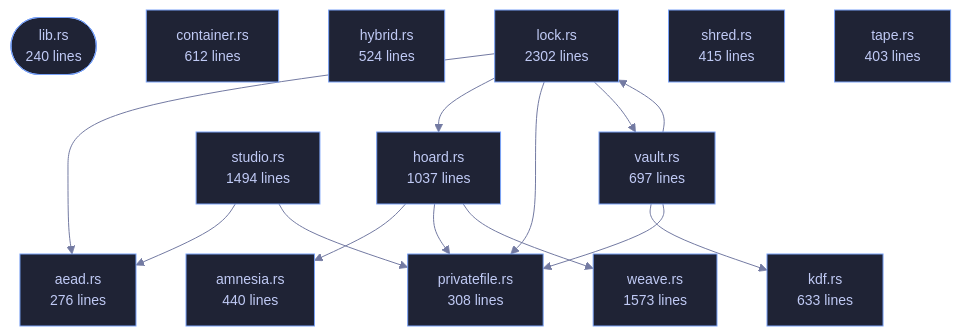
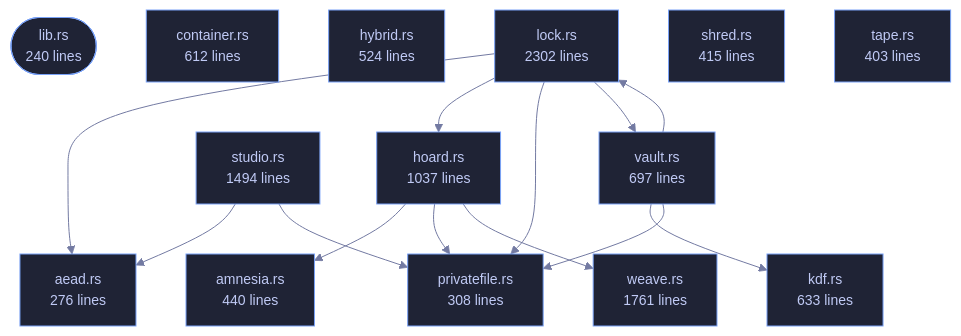
One commit to tilas01/veilvoice changed the diagram in crates/veilvoice-crypto/README.md. Above: the diagram before and after it, drawn with Mermaid. The commit also changed other lines of this file and 15 other files, not shown here.

````diff
--- a/crates/veilvoice-crypto/README.md
+++ b/crates/veilvoice-crypto/README.md
@@ -108,44 +108,44 @@
 ```mermaid
 %%{init: {"theme":"base","themeVariables":{"background":"#1a1b26","primaryColor":"#1f2335","primaryTextColor":"#c0caf5","primaryBorderColor":"#7aa2f7","secondaryColor":"#16161e","tertiaryColor":"#16161e","lineColor":"#737aa2","textColor":"#c0caf5","mainBkg":"#1f2335","nodeBorder":"#7aa2f7","clusterBkg":"#16161e","clusterBorder":"#2f3549","fontFamily":"ui-monospace, SFMono-Regular, Consolas, monospace","fontSize":"14px"}}}%%
 flowchart TD
     n_lib(["lib.rs<br/>240 lines"])
     n_aead["aead.rs<br/>276 lines"]
     n_amnesia["amnesia.rs<br/>440 lines"]
     n_container["container.rs<br/>612 lines"]
     n_hoard["hoard.rs<br/>1037 lines"]
     n_hybrid["hybrid.rs<br/>524 lines"]
     n_kdf["kdf.rs<br/>633 lines"]
     n_lock["lock.rs<br/>2302 lines"]
     n_privatefile["privatefile.rs<br/>308 lines"]
     n_shred["shred.rs<br/>415 lines"]
     n_studio["studio.rs<br/>1494 lines"]
     n_tape["tape.rs<br/>403 lines"]
     n_vault["vault.rs<br/>697 lines"]
-    n_weave["weave.rs<br/>1573 lines"]
+    n_weave["weave.rs<br/>1761 lines"]
     n_hoard --> n_amnesia
     n_hoard --> n_privatefile
     n_hoard --> n_weave
     n_lock --> n_aead
     n_lock --> n_hoard
     n_lock --> n_privatefile
     n_lock --> n_vault
     n_studio --> n_aead
     n_studio --> n_privatefile
     n_vault --> n_kdf
     n_vault --> n_lock
     n_vault --> n_privatefile
     click n_lib href "https://github.com/tilas01/veilvoice/blob/main/crates/veilvoice-crypto/src/lib.rs" "open the source"
     click n_aead href "https://github.com/tilas01/veilvoice/blob/main/crates/veilvoice-crypto/src/aead.rs" "open the source"
     click n_amnesia href "https://github.com/tilas01/veilvoice/blob/main/crates/veilvoice-crypto/src/amnesia.rs" "open the source"
     click n_container href "https://github.com/tilas01/veilvoice/blob/main/crates/veilvoice-crypto/src/container.rs" "open the source"
     click n_hoard href "https://github.com/tilas01/veilvoice/blob/main/crates/veilvoice-crypto/src/hoard.rs" "open the source"
     click n_hybrid href "https://github.com/tilas01/veilvoice/blob/main/crates/veilvoice-crypto/src/hybrid.rs" "open the source"
     click n_kdf href "https://github.com/tilas01/veilvoice/blob/main/crates/veilvoice-crypto/src/kdf.rs" "open the source"
     click n_lock href "https://github.com/tilas01/veilvoice/blob/main/crates/veilvoice-crypto/src/lock.rs" "open the source"
     click n_privatefile href "https://github.com/tilas01/veilvoice/blob/main/crates/veilvoice-crypto/src/privatefile.rs" "open the source"
     click n_shred href "https://github.com/tilas01/veilvoice/blob/main/crates/veilvoice-crypto/src/shred.rs" "open the source"
     click n_studio href "https://github.com/tilas01/veilvoice/blob/main/crates/veilvoice-crypto/src/studio.rs" "open the source"
     click n_tape href "https://github.com/tilas01/veilvoice/blob/main/crates/veilvoice-crypto/src/tape.rs" "open the source"
     click n_vault href "https://github.com/tilas01/veilvoice/blob/main/crates/veilvoice-crypto/src/vault.rs" "open the source"
     click n_weave href "https://github.com/tilas01/veilvoice/blob/main/crates/veilvoice-crypto/src/weave.rs" "open the source"
 ```
````
